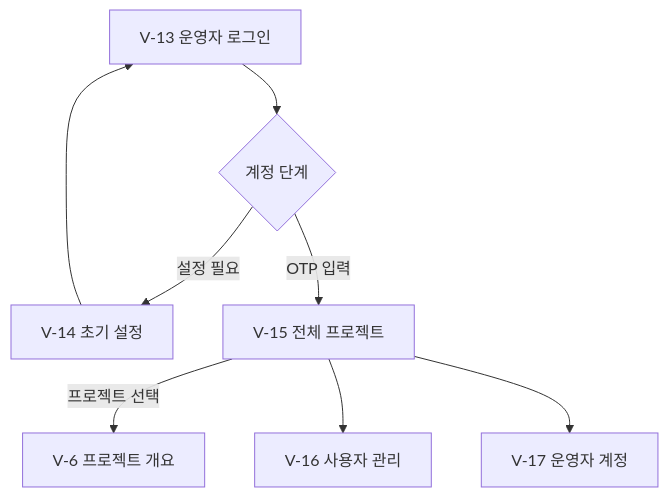
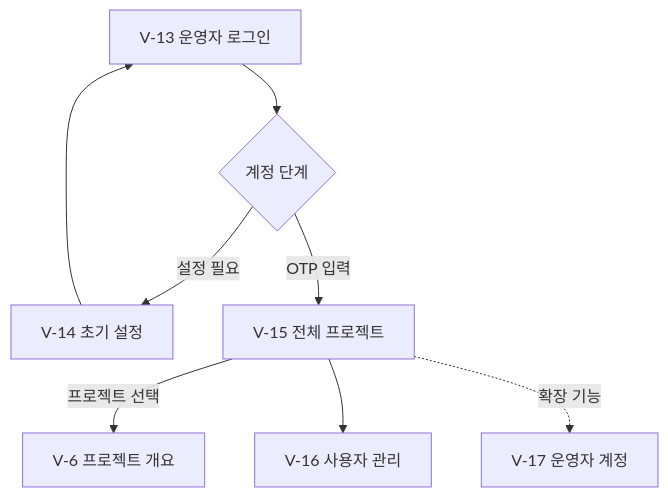
One commit to neru-33/DJUSW-Reposcope changed the third of 3 diagrams in docs/screen-flow.md. Above: the diagram before and after it, drawn with Mermaid. The commit also changed other lines of this file and 6 other files, not shown here.

````diff
--- a/docs/screen-flow.md
+++ b/docs/screen-flow.md
@@ -94,10 +97,10 @@
 ```mermaid
 flowchart TD
     A[V-13 운영자 로그인] --> B{계정 단계}
     B -->|설정 필요| C[V-14 초기 설정]
     C --> A
     B -->|OTP 입력| D[V-15 전체 프로젝트]
     D -->|프로젝트 선택| E[V-6 프로젝트 개요]
     D --> F[V-16 사용자 관리]
-    D --> G[V-17 운영자 계정]
+    D -.->|확장 기능| G[V-17 운영자 계정]
 ```
````
